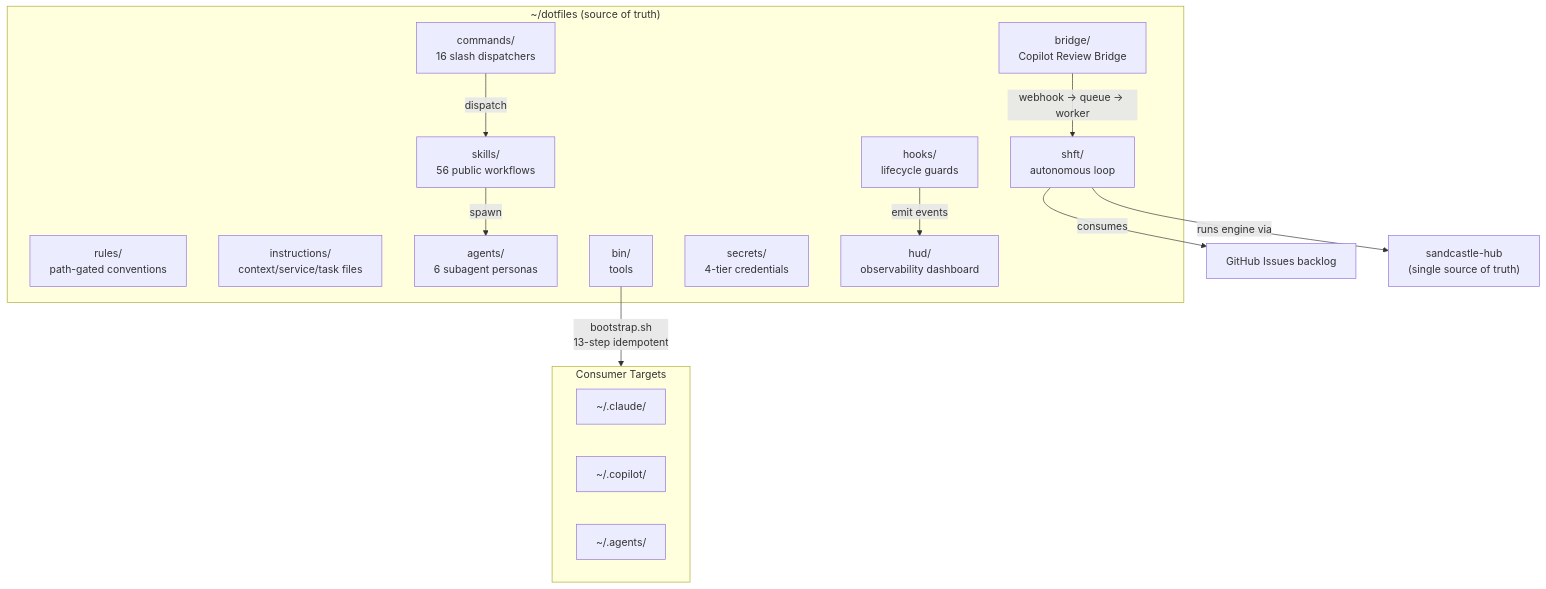
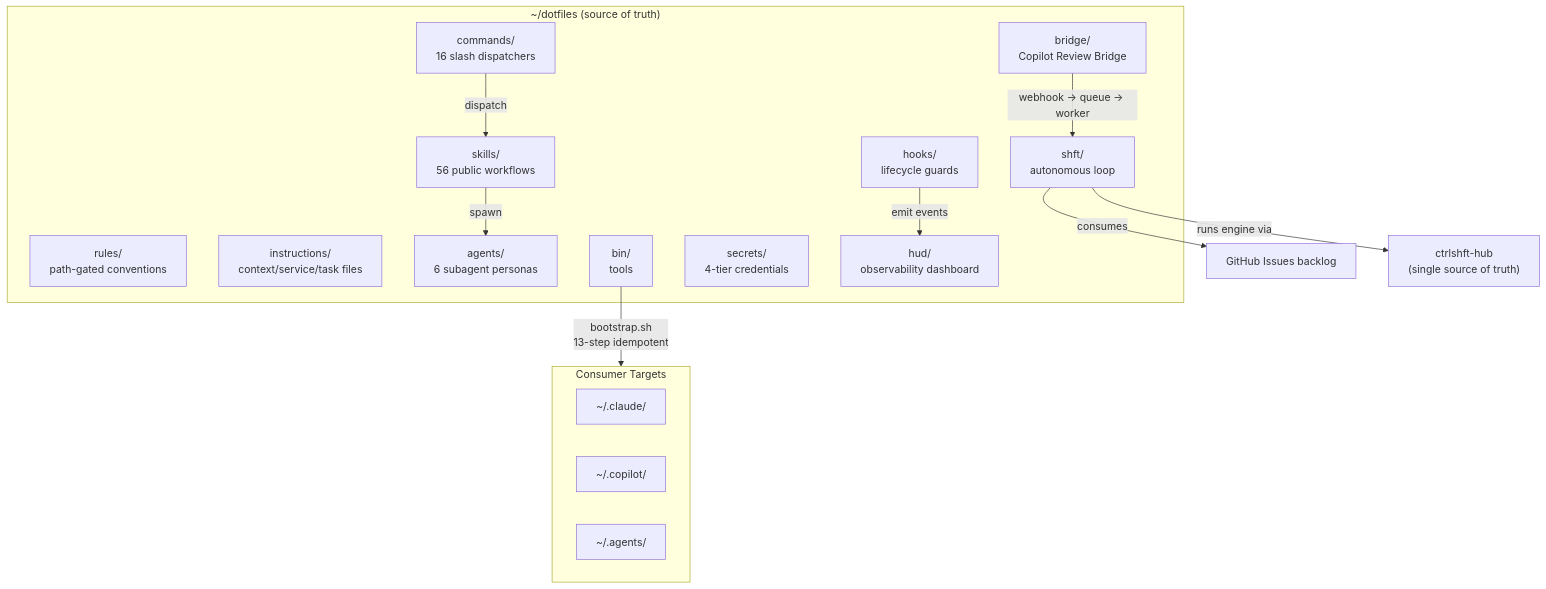
One commit to arndvs/ctrlshft changed the diagram in docs/ARCHITECTURE.md. Above: the diagram before and after it, drawn with Mermaid. The commit also changed other lines of this file and 53 other files, not shown here.

First line of the commit message:
chore(repo): sandcastle-hub → ctrlshft-hub (tooling, templates, ADR) (#341)

````diff
--- a/docs/ARCHITECTURE.md
+++ b/docs/ARCHITECTURE.md
@@ -12,30 +12,30 @@
 ```mermaid
 graph TB
     subgraph "~/dotfiles (source of truth)"
         RULES["rules/<br/>path-gated conventions"]
         INST["instructions/<br/>context/service/task files"]
         SKILLS["skills/<br/>56 public workflows"]
         AGENTS["agents/<br/>6 subagent personas"]
         CMDS["commands/<br/>16 slash dispatchers"]
         HOOKS["hooks/<br/>lifecycle guards"]
         BIN["bin/<br/>tools"]
         SHFT["shft/<br/>autonomous loop"]
         SECRETS["secrets/<br/>4-tier credentials"]
         HUD["hud/<br/>observability dashboard"]
         BRIDGE["bridge/<br/>Copilot Review Bridge"]
     end
 
     BIN -->|"bootstrap.sh<br/>13-step idempotent"| CONSUMERS
     subgraph CONSUMERS["Consumer Targets"]
         CLAUDE["~/.claude/"]
         COPILOT["~/.copilot/"]
         AGENTSDIR["~/.agents/"]
     end
 
     CMDS -->|"dispatch"| SKILLS
     SKILLS -->|"spawn"| AGENTS
     HOOKS -->|"emit events"| HUD
     SHFT -->|"consumes"| ISSUES["GitHub Issues backlog"]
     BRIDGE -->|"webhook → queue → worker"| SHFT
-    SHFT -->|"runs engine via"| HUB["sandcastle-hub<br/>(single source of truth)"]
+    SHFT -->|"runs engine via"| HUB["ctrlshft-hub<br/>(single source of truth)"]
 ```
````
